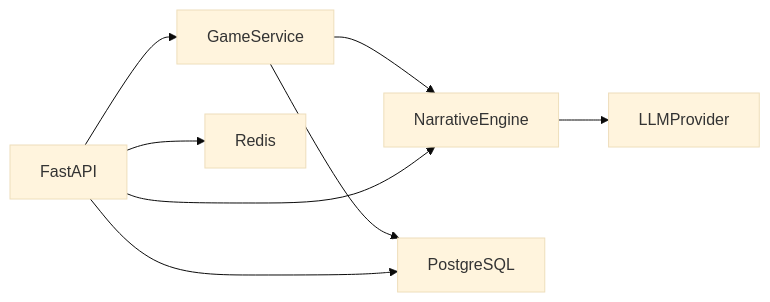
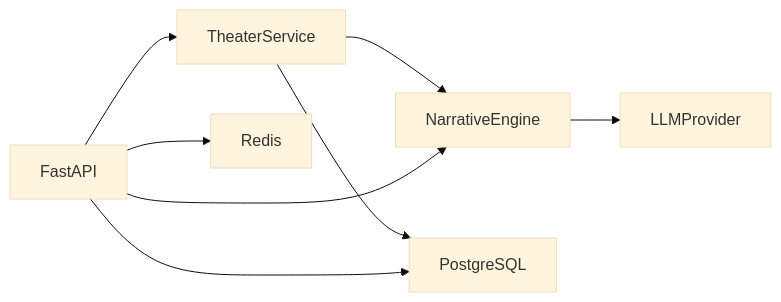
Before and after one commit to KunLabAI/KunFlix: the tenth of 10 diagrams in .qoder/repowiki/zh/content/项目概述/系统简介与核心特性.md, drawn with Mermaid (base theme). The commit also changed other lines of this file and 112 other files, not shown here.

````diff
--- a/.qoder/repowiki/zh/content/项目概述/系统简介与核心特性.md
+++ b/.qoder/repowiki/zh/content/项目概述/系统简介与核心特性.md
@@ -462,10 +462,10 @@
 ```mermaid
 graph LR
-GS["GameService"] --> NE["NarrativeEngine"]
+GS["TheaterService"] --> NE["NarrativeEngine"]
 NE --> AP["LLMProvider"]
 GS --> DB["PostgreSQL"]
 API["FastAPI"] --> GS
 API --> NE
 API --> DB
 API --> REDIS["Redis"]
 ```
````
